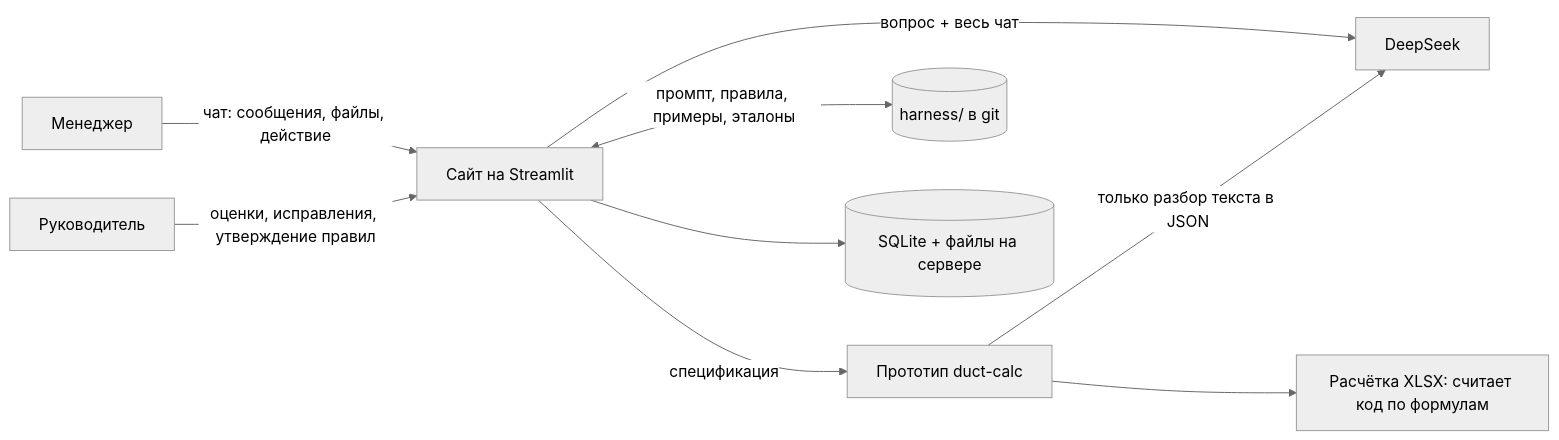
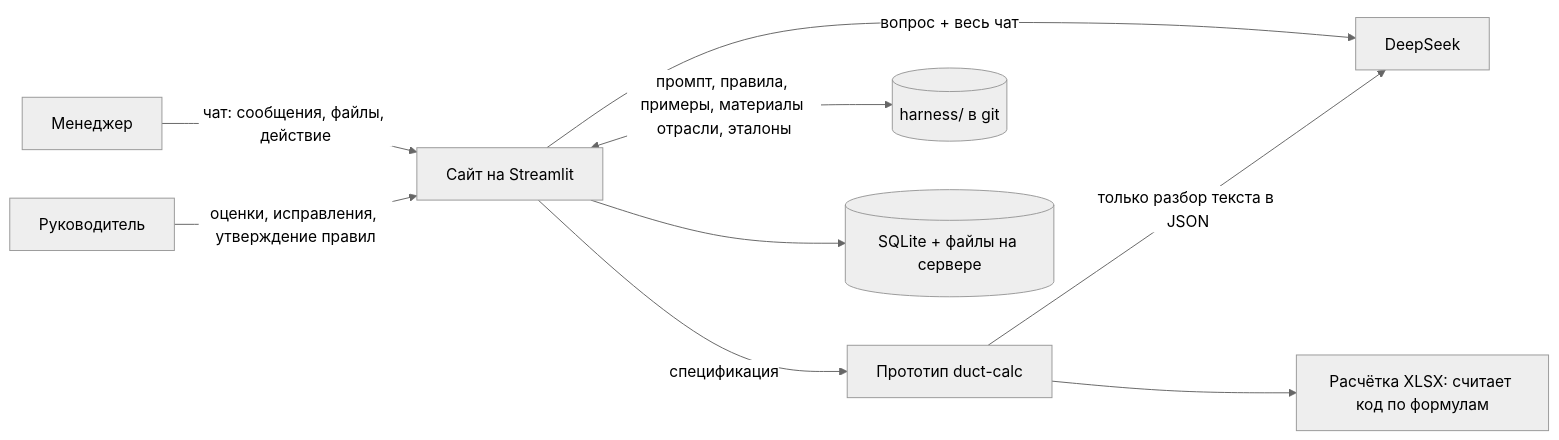
The first of 2 diagrams in README.md (exmuzzy/ameri), drawn with Mermaid (neutral theme) before and after one commit. The commit also changed other lines of this file and 1 other file, not shown here.

````diff
--- a/README.md
+++ b/README.md
@@ -15,11 +15,11 @@
 ```mermaid
 flowchart LR
     M[Менеджер] -->|чат: сообщения, файлы, действие| APP[Сайт на Streamlit]
     R[Руководитель] -->|оценки, исправления, утверждение правил| APP
     APP -->|вопрос + весь чат| DS[DeepSeek]
     APP -->|спецификация| DC[Прототип duct-calc]
     DC -->|только разбор текста в JSON| DS
     DC --> XLSX[Расчётка XLSX: считает код по формулам]
-    APP <-->|промпт, правила, примеры, эталоны| H[(harness/ в git)]
+    APP <-->|промпт, правила, примеры, материалы отрасли, эталоны| H[(harness/ в git)]
     APP --> DB[(SQLite + файлы на сервере)]
 ```
````
